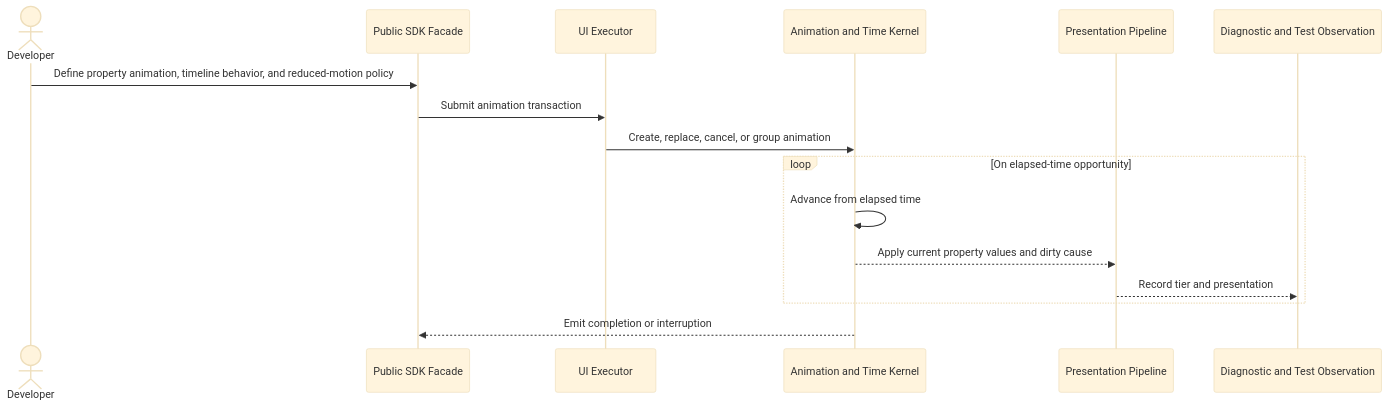
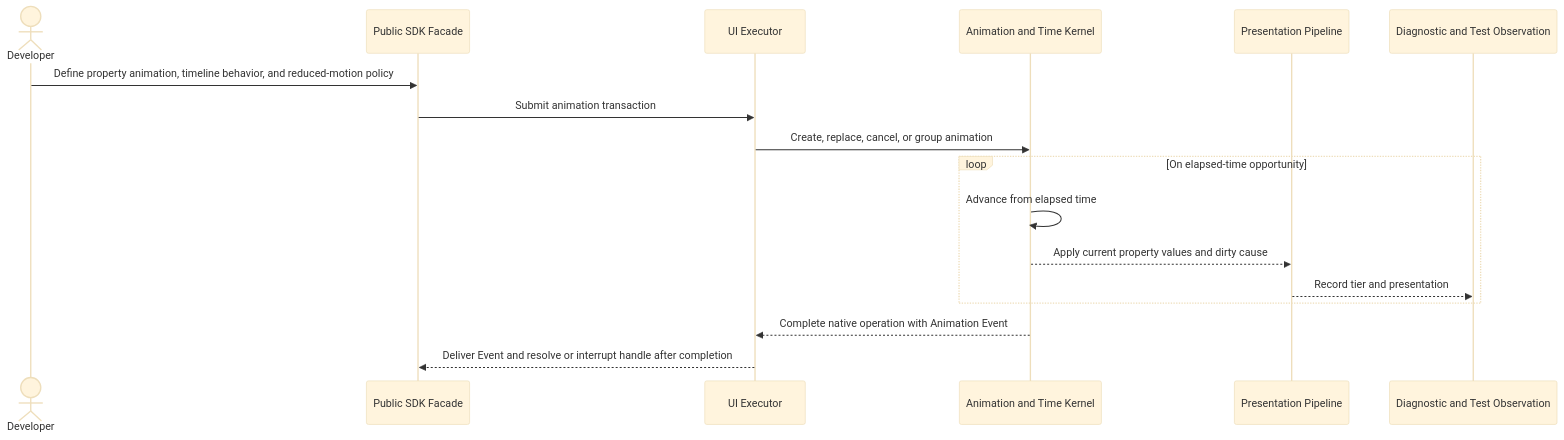
Before and after one commit to Tuvren/tuvren-tui: the diagram in .constitution/architecture/flows/animation-time.md, drawn with Mermaid (base theme). The commit also changed other lines of this file and 5 other files, not shown here.

````diff
--- a/.constitution/architecture/flows/animation-time.md
+++ b/.constitution/architecture/flows/animation-time.md
@@ -9,19 +9,20 @@
 ```mermaid
 sequenceDiagram
     actor Dev as Developer
     participant SDK as Public SDK Facade
     participant Exec as UI Executor
     participant Time as Animation and Time Kernel
     participant Present as Presentation Pipeline
     participant Obs as Diagnostic and Test Observation
 
     Dev->>SDK: Define property animation, timeline behavior, and reduced-motion policy
     SDK->>Exec: Submit animation transaction
     Exec->>Time: Create, replace, cancel, or group animation
     loop On elapsed-time opportunity
         Time->>Time: Advance from elapsed time
         Time-->>Present: Apply current property values and dirty cause
         Present-->>Obs: Record tier and presentation
     end
-    Time-->>SDK: Emit completion or interruption
+    Time-->>Exec: Complete native operation with Animation Event
+    Exec-->>SDK: Deliver Event and resolve or interrupt handle after completion
 ```
````
